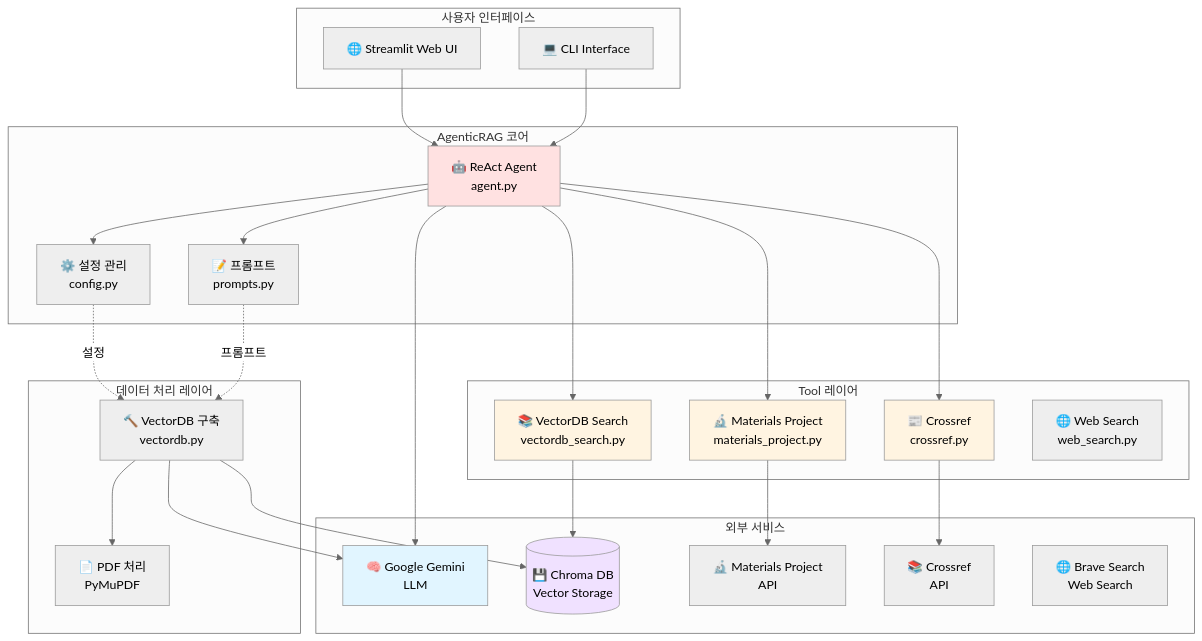
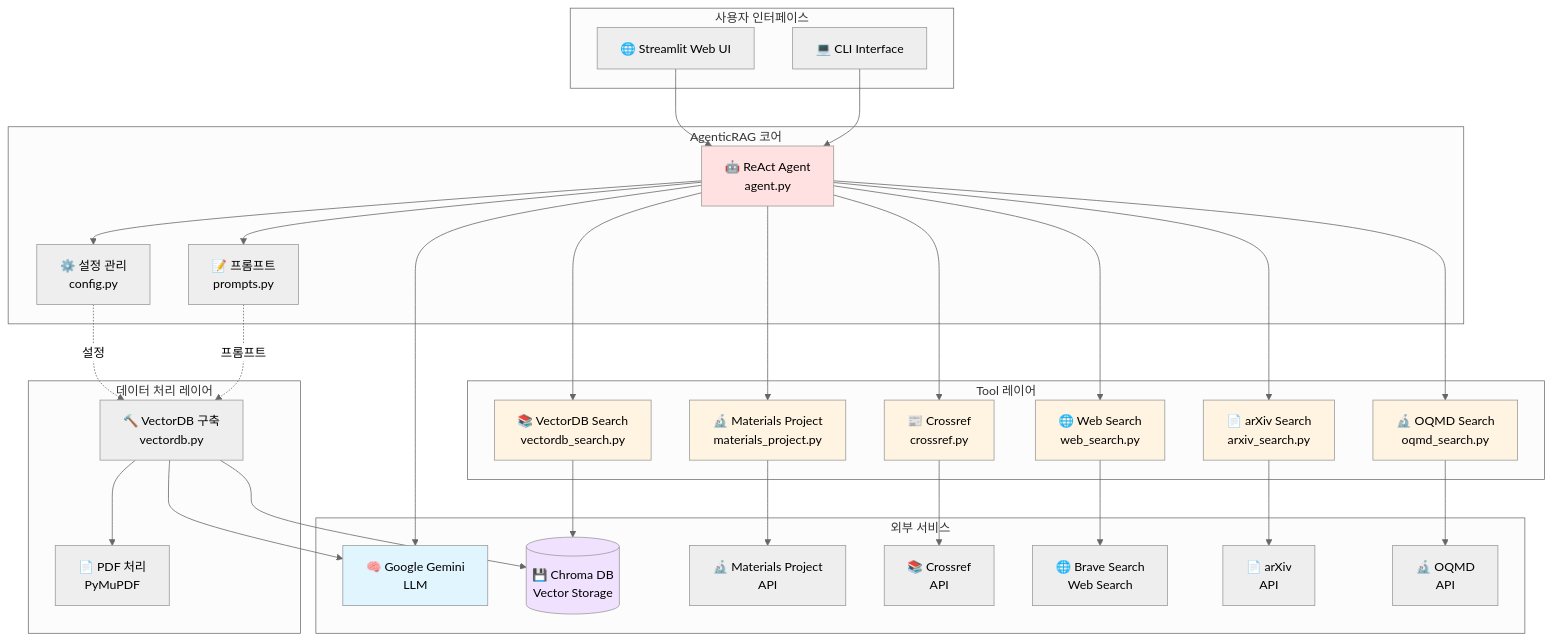
Before and after one commit to JDeun/SKKU_RAG: the ninth of 11 diagrams in README.md, drawn with Mermaid (neutral theme). The commit also changed other lines of this file and 6 other files, not shown here.

First line of the commit message:
fix: OQMD API URL, tool descriptions, vectordb sync, code quality

````diff
--- a/README.md
+++ b/README.md
@@ -753,61 +760,74 @@
 ```mermaid
 graph TB
     subgraph "사용자 인터페이스"
         UI1[🌐 Streamlit Web UI]
         UI2[💻 CLI Interface]
     end
     
     subgraph "AgenticRAG 코어"
         Agent[🤖 ReAct Agent<br/>agent.py]
         Config[⚙️ 설정 관리<br/>config.py]
         Prompts[📝 프롬프트<br/>prompts.py]
     end
     
     subgraph "데이터 처리 레이어"
         VDB_Builder[🔨 VectorDB 구축<br/>vectordb.py]
         PDF[📄 PDF 처리<br/>PyMuPDF]
     end
     
     subgraph "Tool 레이어"
         Tool1[📚 VectorDB Search<br/>vectordb_search.py]
         Tool2[🔬 Materials Project<br/>materials_project.py]
         Tool3[📰 Crossref<br/>crossref.py]
         Tool4[🌐 Web Search<br/>web_search.py]
+        Tool5[📄 arXiv Search<br/>arxiv_search.py]
+        Tool6[🔬 OQMD Search<br/>oqmd_search.py]
     end
 
     subgraph "외부 서비스"
         LLM[🧠 Google Gemini<br/>LLM]
         Chroma[(💾 Chroma DB<br/>Vector Storage)]
         MP[🔬 Materials Project<br/>API]
         CR[📚 Crossref<br/>API]
         WS[🌐 Brave Search<br/>Web Search]
+        AX[📄 arXiv<br/>API]
+        OQ[🔬 OQMD<br/>API]
     end
-    
+
     UI1 --> Agent
     UI2 --> Agent
-    
+
     Agent --> Config
     Agent --> Prompts
     Agent --> Tool1
     Agent --> Tool2
     Agent --> Tool3
+    Agent --> Tool4
+    Agent --> Tool5
+    Agent --> Tool6
     Agent --> LLM
-    
+
     Tool1 --> Chroma
     Tool2 --> MP
     Tool3 --> CR
-    
+    Tool4 --> WS
+    Tool5 --> AX
+    Tool6 --> OQ
+
     VDB_Builder --> PDF
     VDB_Builder --> Chroma
     VDB_Builder --> LLM
-    
+
     Config -.->|설정| VDB_Builder
     Prompts -.->|프롬프트| VDB_Builder
-    
+
     style Agent fill:#ffe1e1
     style LLM fill:#e1f5ff
     style Chroma fill:#f0e1ff
     style Tool1 fill:#fff4e1
     style Tool2 fill:#fff4e1
     style Tool3 fill:#fff4e1
+    style Tool4 fill:#fff4e1
+    style Tool5 fill:#fff4e1
+    style Tool6 fill:#fff4e1
 ```
````
